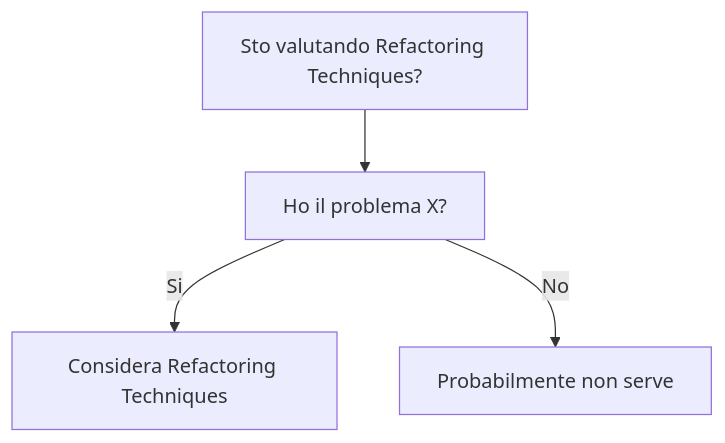
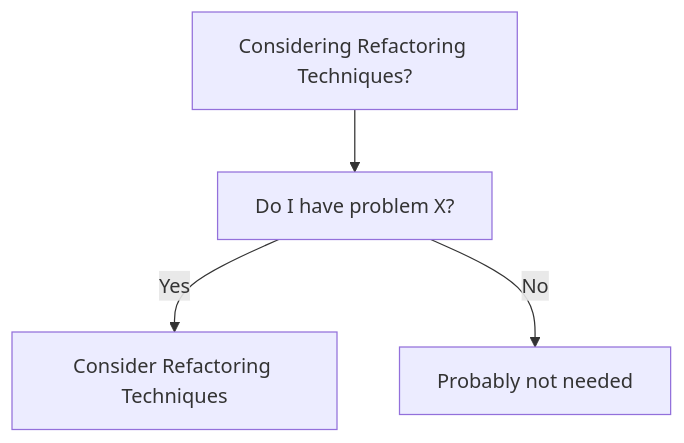
One commit to HxT9/Software-Dev-Wiki changed the diagram in dev-wiki/01_Foundations/Refactoring_Techniques/When_To_Use.md. Above: the diagram before and after it, drawn with Mermaid. The commit also changed other lines of this file and 3444 other files, not shown here.

````diff
--- a/dev-wiki/01_Foundations/Refactoring_Techniques/When_To_Use.md
+++ b/dev-wiki/01_Foundations/Refactoring_Techniques/When_To_Use.md
@@ -19,6 +19,6 @@
 ```mermaid
 flowchart TD
-  Q[Sto valutando Refactoring Techniques?] --> Q1[Ho il problema X?]
-  Q1 -->|Si| OK[Considera Refactoring Techniques]
-  Q1 -->|No| NO[Probabilmente non serve]
+  Q[Considering Refactoring Techniques?] --> Q1[Do I have problem X?]
+  Q1 -->|Yes| OK[Consider Refactoring Techniques]
+  Q1 -->|No| NO[Probably not needed]
 ```
````
